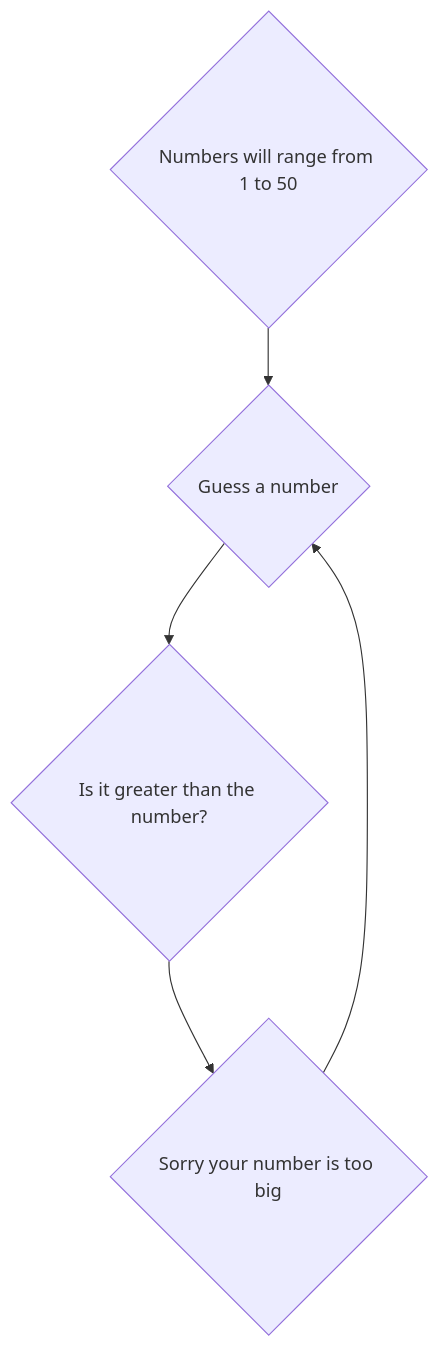
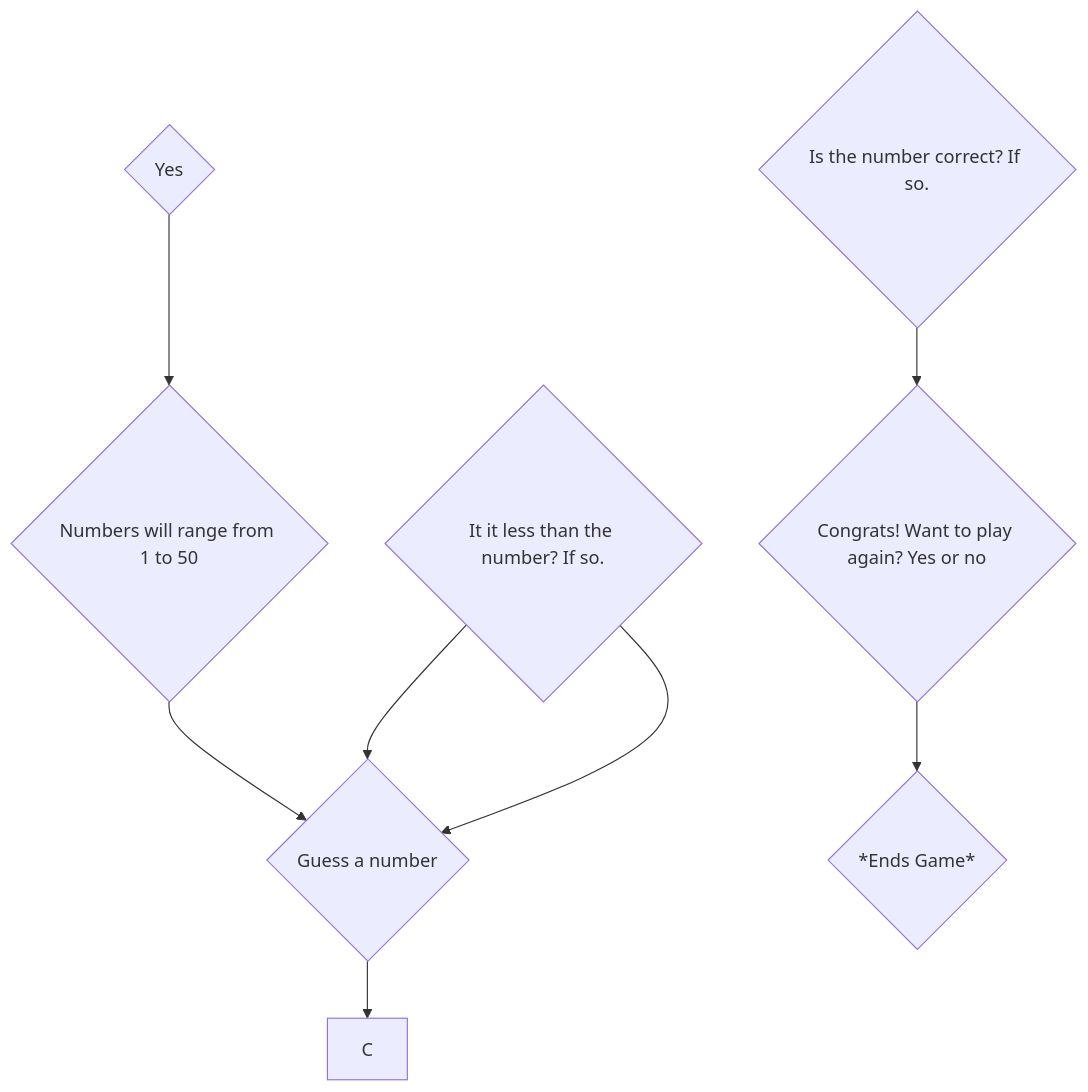
Before and after one commit to schope26/schope26.github.io: the diagram in README.md, drawn with Mermaid.

````diff
--- a/README.md
+++ b/README.md
@@ -22,8 +22,11 @@
 ```mermaid
 flowchart TD
-    A{Numbers will range from 1 to 50} --> B{Guess a number} --> C{Is it greater than the number?} --> D{Sorry your number is too big} --> B
-    
-
-
-    
+    A{Numbers will range from 1 to 50} 
+    --> B{Guess a number} 
+    --> C;D{Is it greater than the number? If so.} --> B
+    D{It it less than the number? If so.} --> B
+    E{Is the number correct? If so.} --> F
+    F{Congrats! Want to play again? Yes or no} --> G
+    G{*Ends Game*}
+    H{Yes} --> A 
 ```
````
